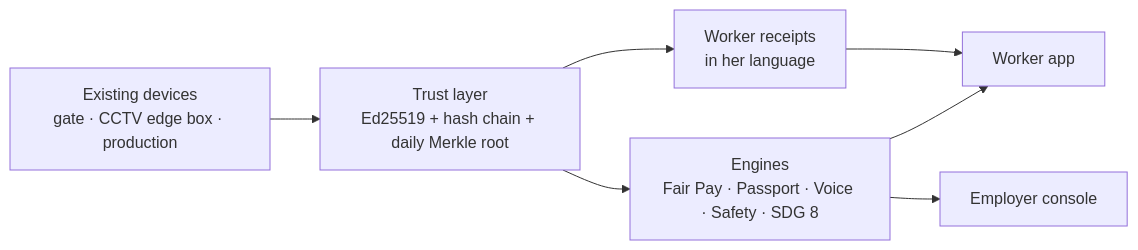
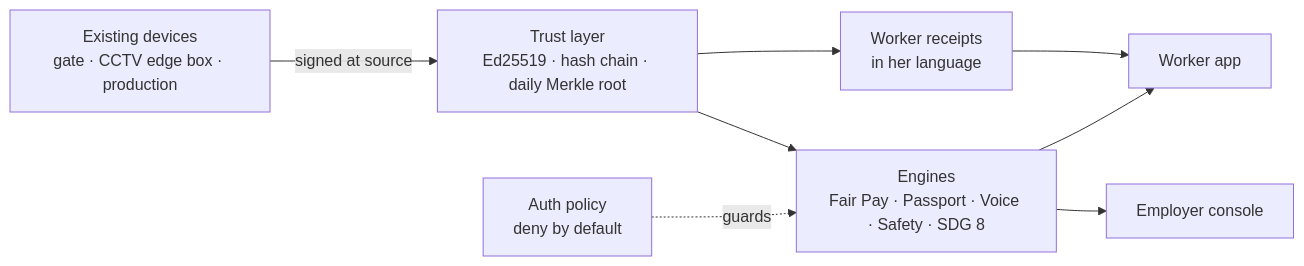
One commit to TheOnlyOne001/PramaanOS changed the diagram in README.md. Above: the diagram before and after it, drawn with Mermaid. The commit also changed other lines of this file, not shown here.

First line of the commit message:
Rewrite README: problem, features, architecture, quick start, quality evidence, configuration

````diff
--- a/README.md
+++ b/README.md
@@ -105,9 +118,10 @@
 ```mermaid
 flowchart LR
-  D[Existing devices<br/>gate · CCTV edge box · production] --> T[Trust layer<br/>Ed25519 + hash chain + daily Merkle root]
+  D[Existing devices<br/>gate · CCTV edge box · production] -->|signed at source| T[Trust layer<br/>Ed25519 · hash chain · daily Merkle root]
   T --> R[Worker receipts<br/>in her language]
   T --> E[Engines<br/>Fair Pay · Passport · Voice · Safety · SDG 8]
+  A[Auth policy<br/>deny by default] -.guards.-> E
   E --> W[Worker app]
   E --> C[Employer console]
   R --> W
 ```
````
